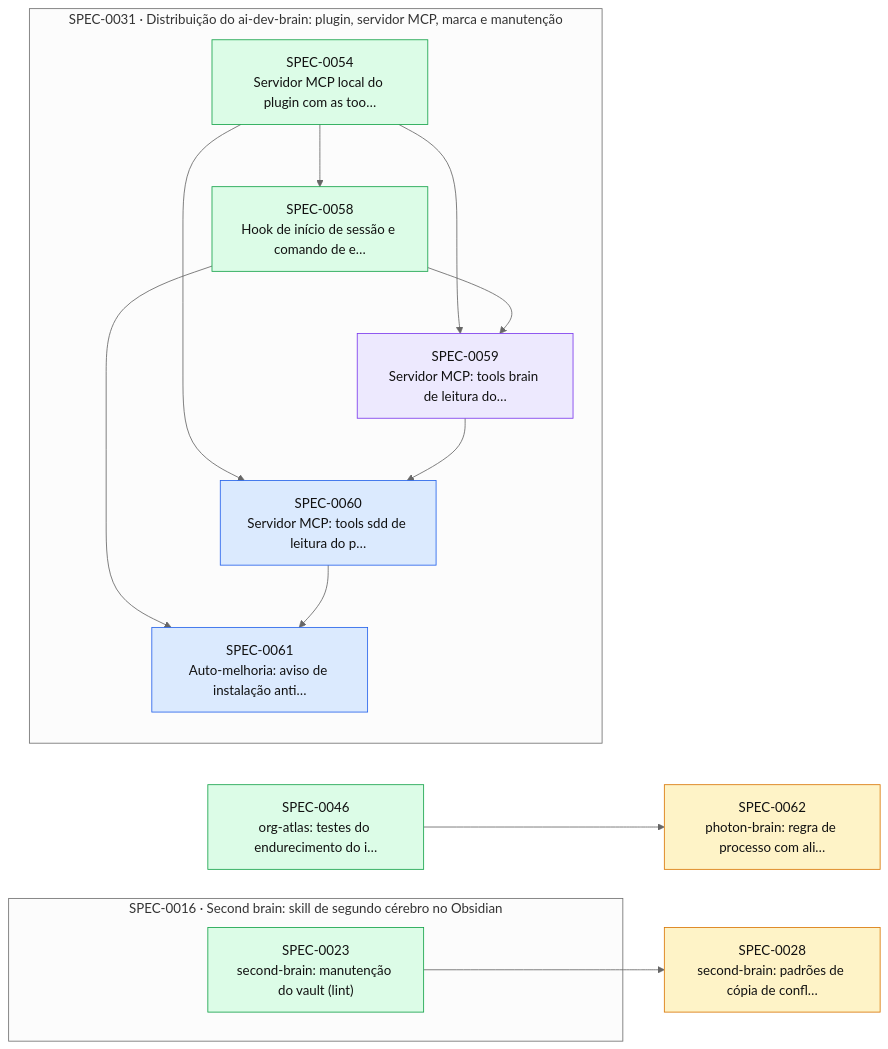
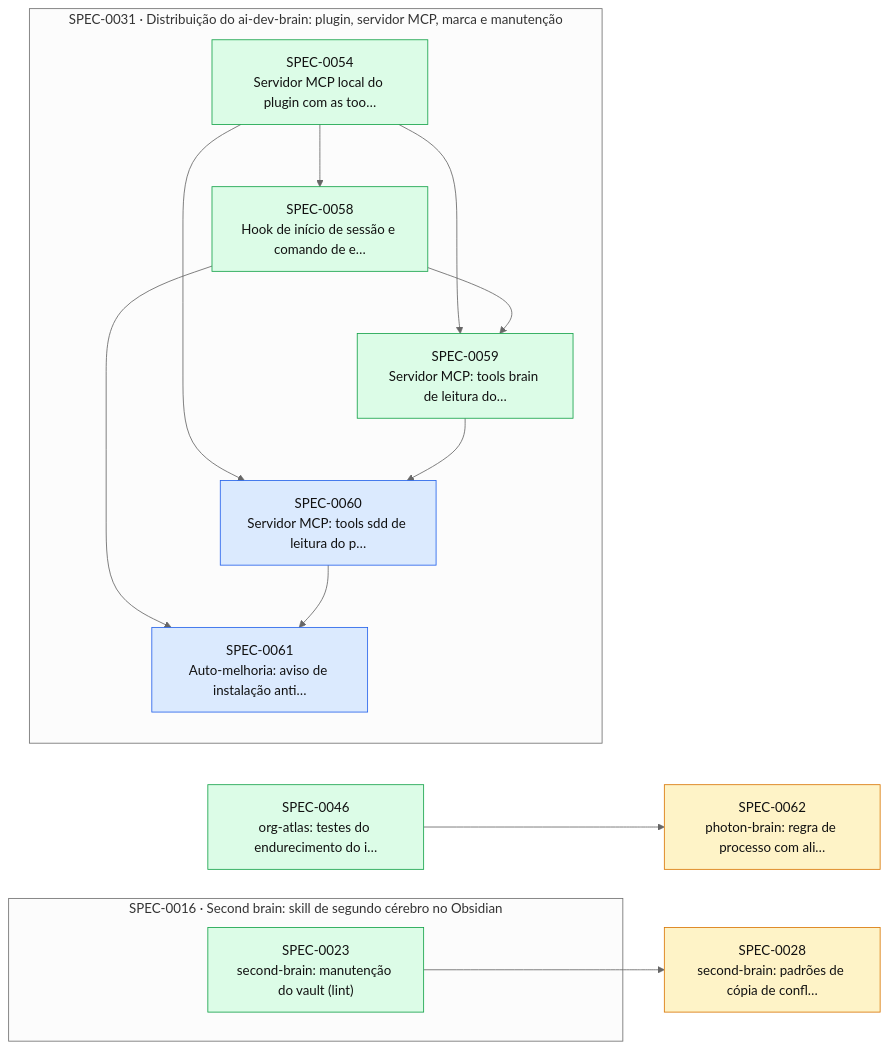
Before and after one commit to thomasravache/ai-dev-brain: the diagram in docs/specs/INDEX.md, drawn with Mermaid (neutral theme). The commit also changed other lines of this file and 1 other file, not shown here.

First line of the commit message:
docs(specs): G7 e fechamento da SPEC-0059

````diff
--- a/docs/specs/INDEX.md
+++ b/docs/specs/INDEX.md
@@ -52,30 +51,30 @@
 ```mermaid
 flowchart LR
   S0028["SPEC-0028<br/>second-brain: padrões de cópia de confl…"]:::proposed
   S0046["SPEC-0046<br/>org-atlas: testes do endurecimento do i…"]:::implemented
   S0062["SPEC-0062<br/>photon-brain: regra de processo com ali…"]:::proposed
   subgraph E0016["SPEC-0016 · Second brain: skill de segundo cérebro no Obsidian"]
     S0023["SPEC-0023<br/>second-brain: manutenção do vault (lint)"]:::implemented
   end
   subgraph E0031["SPEC-0031 · Distribuição do ai-dev-brain: plugin, servidor MCP, marca e manutenção"]
     S0054["SPEC-0054<br/>Servidor MCP local do plugin com as too…"]:::implemented
     S0058["SPEC-0058<br/>Hook de início de sessão e comando de e…"]:::implemented
-    S0059["SPEC-0059<br/>Servidor MCP: tools brain de leitura do…"]:::inprogress
+    S0059["SPEC-0059<br/>Servidor MCP: tools brain de leitura do…"]:::implemented
     S0060["SPEC-0060<br/>Servidor MCP: tools sdd de leitura do p…"]:::approved
     S0061["SPEC-0061<br/>Auto-melhoria: aviso de instalação anti…"]:::approved
   end
   S0023 --> S0028
   S0054 --> S0058
   S0054 --> S0059
   S0058 --> S0059
   S0054 --> S0060
   S0059 --> S0060
   S0058 --> S0061
   S0060 --> S0061
   S0046 --> S0062
   classDef proposed fill:#fef3c7,stroke:#d97706,color:#111
   classDef approved fill:#dbeafe,stroke:#2563eb,color:#111
   classDef inprogress fill:#ede9fe,stroke:#7c3aed,color:#111
   classDef implemented fill:#dcfce7,stroke:#16a34a,color:#111
   classDef deprecated fill:#f3f4f6,stroke:#9ca3af,color:#6b7280
 ```
````
